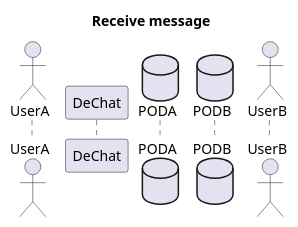
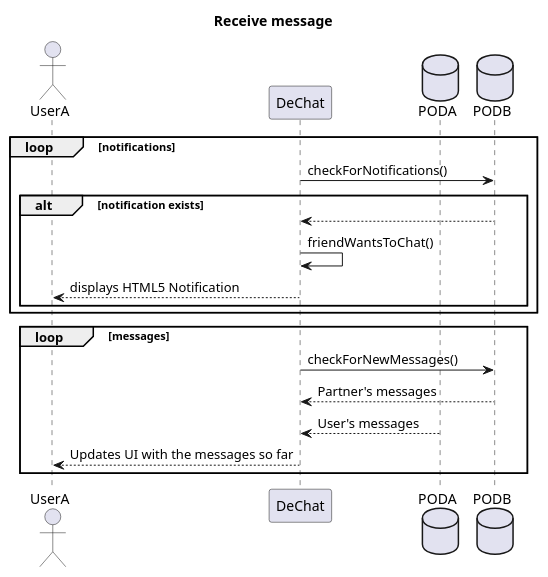
The diagram in src/adocs/puml/06-receivemessage.puml (Arquisoft/dechat_es1b), drawn with PlantUML before and after one commit. The commit also changed 10 other files, not shown here.

Commit message:
Sequence diagram for receive-message finished and as a result, section 06 is now complete

```diff
--- a/src/adocs/puml/06-receivemessage.puml
+++ b/src/adocs/puml/06-receivemessage.puml
@@ -1,11 +1,27 @@
 @startuml
 
 title "Receive message"
 
 actor UserA as user
 participant DeChat
 database PODA as poda
 database PODB as podb
-actor UserB as partner
+
+loop notifications
+    DeChat -> podb : checkForNotifications()
+    alt notification exists
+        podb --> DeChat
+        DeChat -> DeChat : friendWantsToChat()
+        DeChat --> user : displays HTML5 Notification
+    end
+end
+loop messages
+    DeChat -> podb : checkForNewMessages()
+    podb --> DeChat : Partner's messages
+    poda --> DeChat : User's messages
+    DeChat --> user : Updates UI with the messages so far
+
+end
+
 
 @enduml
```
